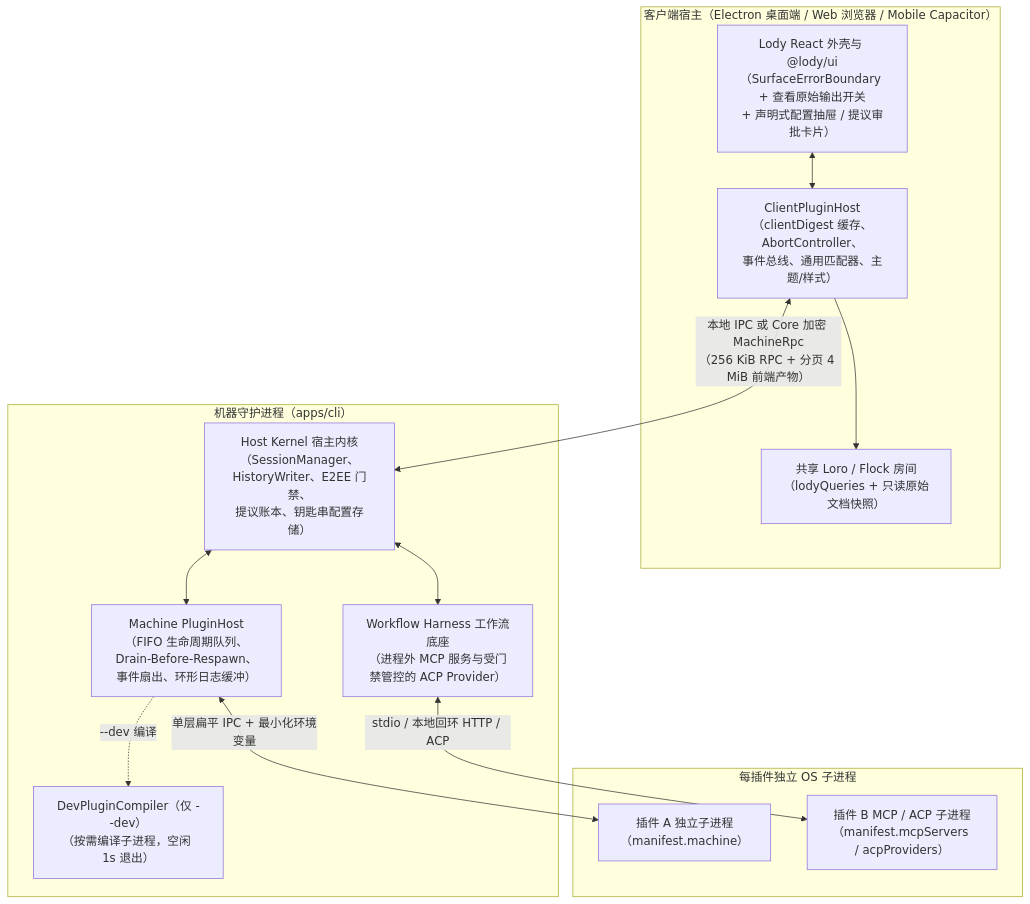
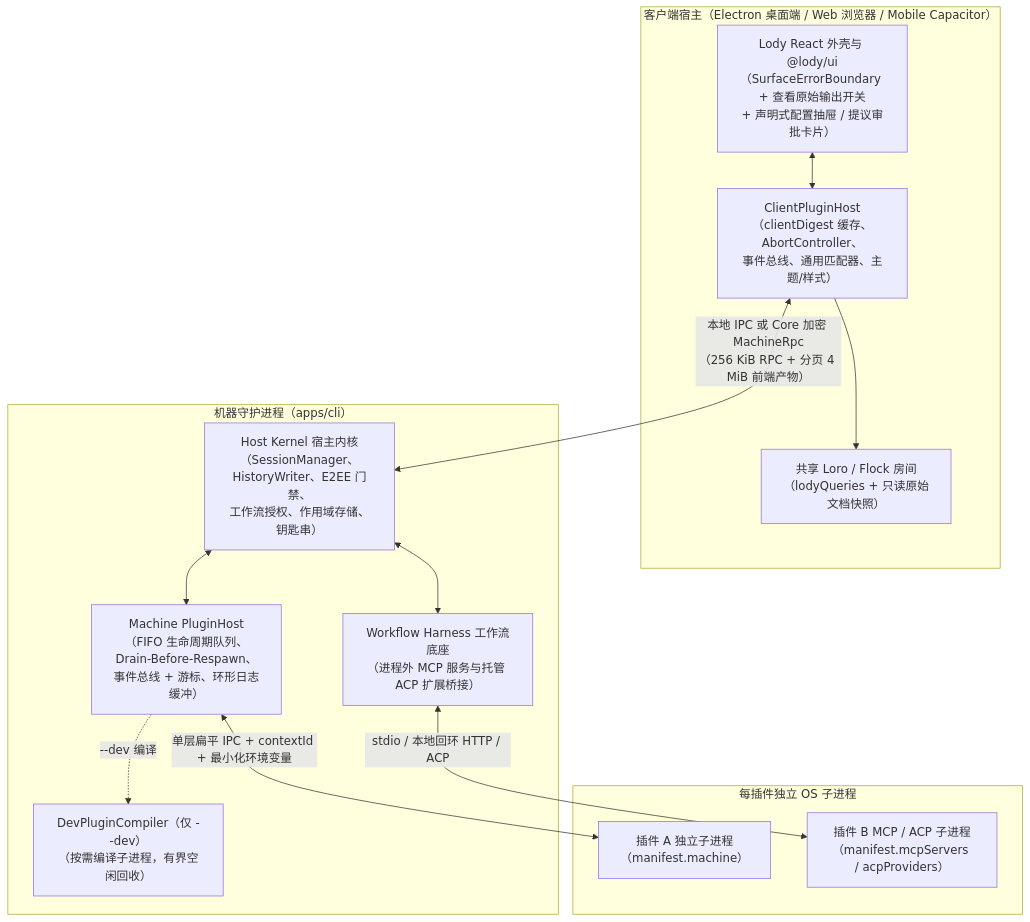
One commit to LodyAI/Lody changed the diagram in specs/plugin-system.zh.md. Above: the diagram before and after it, drawn with Mermaid. The commit also changed other lines of this file and 5 other files, not shown here.

First line of the commit message:
docs(specs): revise plugin system spec for dual-model E2EE, workflow host port and two-tier reads

````diff
--- a/specs/plugin-system.zh.md
+++ b/specs/plugin-system.zh.md
@@ -77,29 +77,29 @@
 ```mermaid
 flowchart TB
   subgraph Client["客户端宿主（Electron 桌面端 / Web 浏览器 / Mobile Capacitor）"]
     CPH["ClientPluginHost\n（clientDigest 缓存、AbortController、\n事件总线、通用匹配器、主题/样式）"]
     UI["Lody React 外壳与 @lody/ui\n（SurfaceErrorBoundary + 查看原始输出开关\n+ 声明式配置抽屉 / 提议审批卡片）"]
     LoroClient["共享 Loro / Flock 房间\n（lodyQueries + 只读原始文档快照）"]
   end
 
   subgraph Daemon["机器守护进程（apps/cli）"]
-    Kernel["Host Kernel 宿主内核\n（SessionManager、HistoryWriter、E2EE 门禁、\n提议账本、钥匙串配置存储）"]
-    MPH["Machine PluginHost\n（FIFO 生命周期队列、Drain-Before-Respawn、\n事件扇出、环形日志缓冲）"]
-    DPC["DevPluginCompiler（仅 --dev）\n（按需编译子进程，空闲 1s 退出）"]
-    WF["Workflow Harness 工作流底座\n（进程外 MCP 服务与受门禁管控的 ACP Provider）"]
+    Kernel["Host Kernel 宿主内核\n（SessionManager、HistoryWriter、E2EE 门禁、\n工作流授权、作用域存储、钥匙串）"]
+    MPH["Machine PluginHost\n（FIFO 生命周期队列、Drain-Before-Respawn、\n事件总线 + 游标、环形日志缓冲）"]
+    DPC["DevPluginCompiler（仅 --dev）\n（按需编译子进程，有界空闲回收）"]
+    WF["Workflow Harness 工作流底座\n（进程外 MCP 服务与托管 ACP 扩展桥接）"]
   end
 
   subgraph Subprocesses["每插件独立 OS 子进程"]
     P1["插件 A 独立子进程\n（manifest.machine）"]
     PMCP["插件 B MCP / ACP 子进程\n（manifest.mcpServers / acpProviders）"]
   end
 
   UI <--> CPH
   CPH --> LoroClient
   CPH <-->|"本地 IPC 或 Core 加密 MachineRpc\n（256 KiB RPC + 分页 4 MiB 前端产物）"| Kernel
   Kernel <--> MPH
   Kernel <--> WF
   MPH -.->|"--dev 编译"| DPC
-  MPH <-->|"单层扁平 IPC + 最小化环境变量"| P1
+  MPH <-->|"单层扁平 IPC + contextId + 最小化环境变量"| P1
   WF <-->|"stdio / 本地回环 HTTP / ACP"| PMCP
 ```
````
